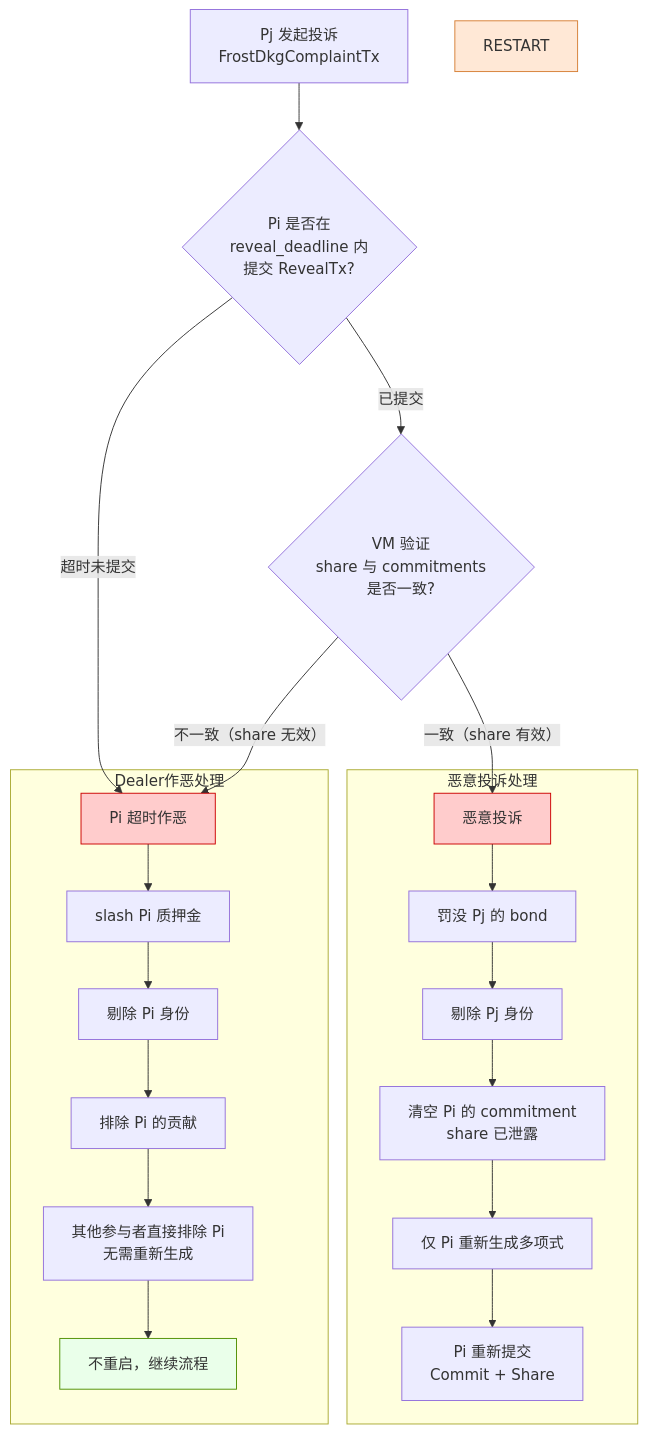
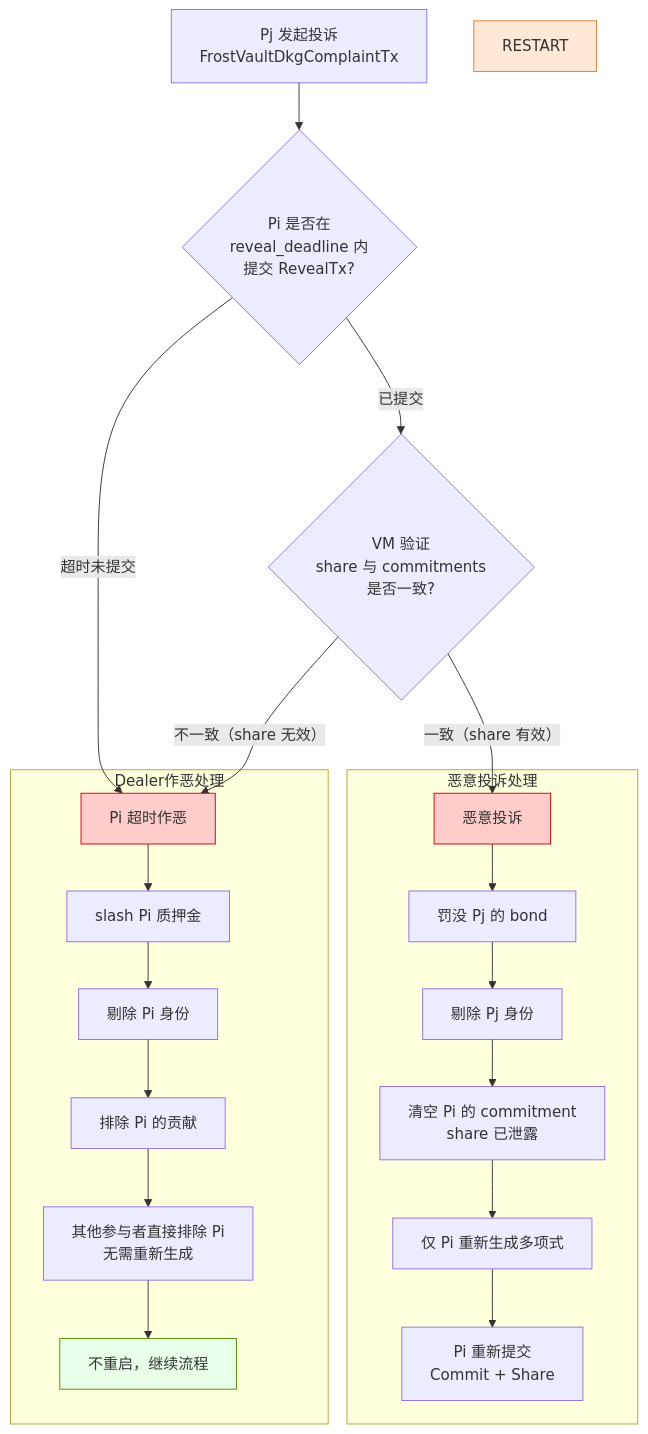
Before and after one commit to davidLeeeeeeeeeeee/dex: the eighth of 9 diagrams in frost/design.md, drawn with Mermaid. The commit also changed other lines of this file, not shown here.

````diff
--- a/frost/design.md
+++ b/frost/design.md
@@ -861,31 +1018,31 @@
 ```mermaid
 flowchart TD
-    START[Pj 发起投诉<br>FrostDkgComplaintTx] --> WAIT{Pi 是否在<br>reveal_deadline 内<br>提交 RevealTx?}
+    START[Pj 发起投诉<br>FrostVaultDkgComplaintTx] --> WAIT{Pi 是否在<br>reveal_deadline 内<br>提交 RevealTx?}
 
     WAIT -->|超时未提交| DEALER_FAULT[Pi 超时作恶]
     WAIT -->|已提交| VERIFY{VM 验证<br>share 与 commitments<br>是否一致?}
 
     VERIFY -->|一致（share 有效）| FALSE_COMPLAINT[恶意投诉]
     VERIFY -->|不一致（share 无效）| DEALER_FAULT
 
     subgraph 恶意投诉处理
         FALSE_COMPLAINT --> SLASH_PJ[罚没 Pj 的 bond]
         SLASH_PJ --> REMOVE_PJ[剔除 Pj 身份]
         REMOVE_PJ --> CLEAR_PI[清空 Pi 的 commitment<br>share 已泄露]
         CLEAR_PI --> PI_REGEN[仅 Pi 重新生成多项式]
         PI_REGEN --> PI_RESUBMIT[Pi 重新提交<br>Commit + Share]
     end
 
     subgraph Dealer作恶处理
         DEALER_FAULT --> SLASH_PI[slash Pi 质押金]
         SLASH_PI --> REMOVE_PI[剔除 Pi 身份]
         REMOVE_PI --> EXCLUDE[排除 Pi 的贡献]
         EXCLUDE --> CONTINUE[其他参与者直接排除 Pi<br>无需重新生成]
         CONTINUE --> NO_RESTART[不重启，继续流程]
     end
 
     style FALSE_COMPLAINT fill:#ffcccc,stroke:#cc0000
     style DEALER_FAULT fill:#ffcccc,stroke:#cc0000
     style RESTART fill:#ffe8d6,stroke:#d67f35
     style NO_RESTART fill:#eaffea,stroke:#4f8f00
 ```
````
